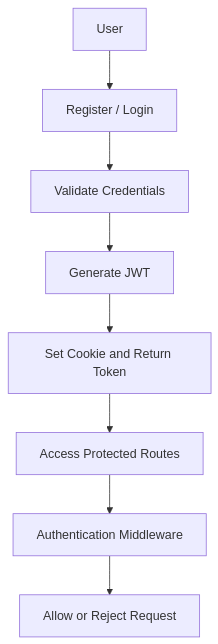
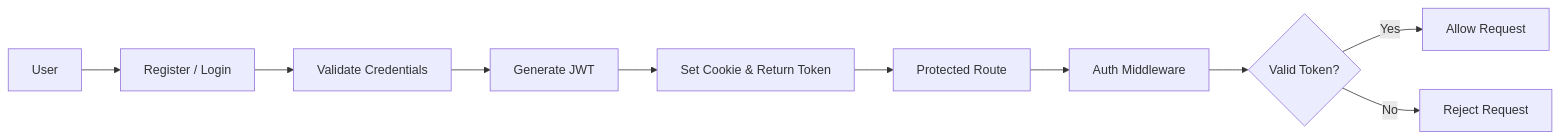
Before and after one commit to mayank03s/Backend-Ledger: the third of 3 diagrams in README.md, drawn with Mermaid. The commit also changed other lines of this file, not shown here.

Commit message:
Improve workflow diagrams

````diff
--- a/README.md
+++ b/README.md
@@ -295,10 +297,14 @@
 ```mermaid
-flowchart TD
+
+flowchart LR
     A["User"] --> B["Register / Login"]
     B --> C["Validate Credentials"]
     C --> D["Generate JWT"]
-    D --> E["Set Cookie and Return Token"]
-    E --> F["Access Protected Routes"]
-    F --> G["Authentication Middleware"]
-    G --> H["Allow or Reject Request"]
+    D --> E["Set Cookie & Return Token"]
+    E --> F["Protected Route"]
+    F --> G["Auth Middleware"]
+    G --> H{"Valid Token?"}
+    H -->|Yes| I["Allow Request"]
+    H -->|No| J["Reject Request"]
+
 ```
````
